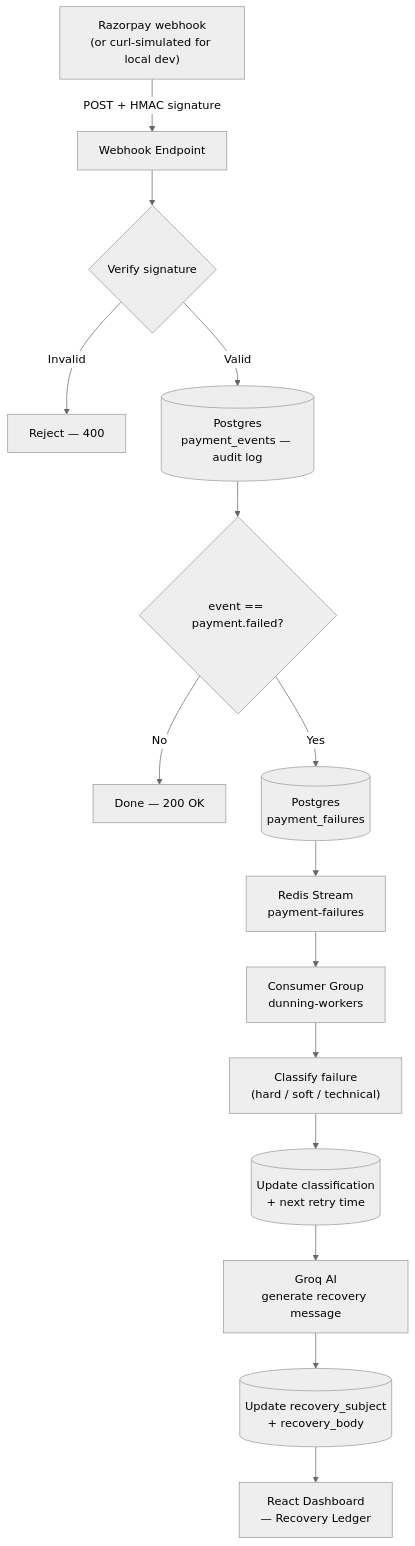
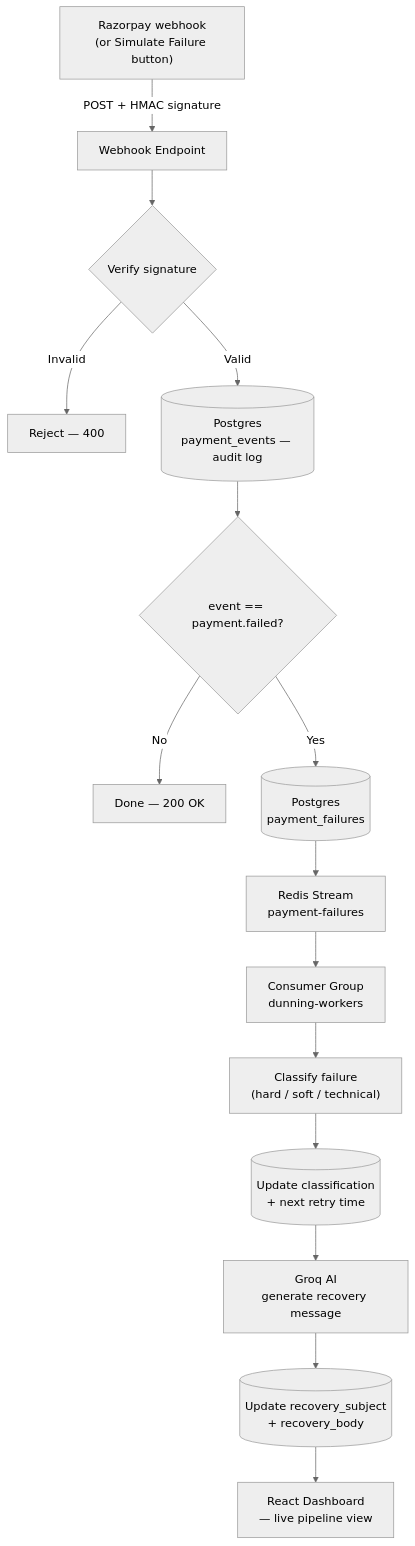
The diagram in README.md (durgesh-5699/Dunning-Engine), drawn with Mermaid (neutral theme) before and after one commit. The commit also changed other lines of this file and 2 other files, not shown here.

````diff
--- a/README.md
+++ b/README.md
@@ -15,17 +15,17 @@
 ```mermaid
 flowchart TD
-    A["Razorpay webhook<br/>(or curl-simulated for local dev)"] -->|POST + HMAC signature| B[Webhook Endpoint]
+    A["Razorpay webhook<br/>(or Simulate Failure button)"] -->|POST + HMAC signature| B[Webhook Endpoint]
     B --> C{Verify signature}
     C -->|Invalid| D[Reject — 400]
     C -->|Valid| E[(Postgres<br/>payment_events — audit log)]
     E --> F{event == payment.failed?}
     F -->|No| G[Done — 200 OK]
     F -->|Yes| H[(Postgres<br/>payment_failures)]
     H --> I[Redis Stream<br/>payment-failures]
     I --> J[Consumer Group<br/>dunning-workers]
     J --> K["Classify failure<br/>(hard / soft / technical)"]
     K --> L[(Update classification<br/>+ next retry time)]
     L --> M[Groq AI<br/>generate recovery message]
     M --> N[(Update recovery_subject<br/>+ recovery_body)]
-    N --> O[React Dashboard<br/>— Recovery Ledger]
+    N --> O[React Dashboard<br/>— live pipeline view]
 ```
````
